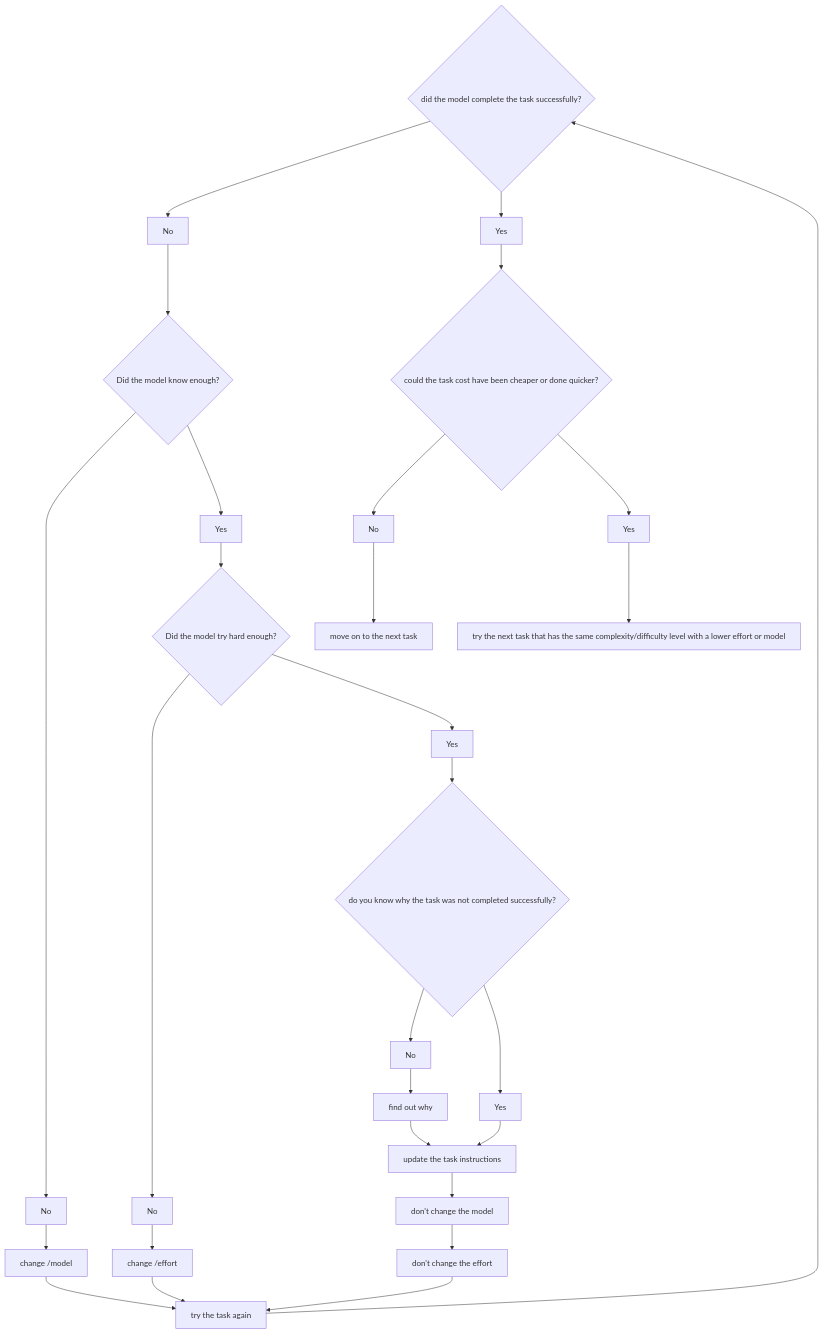
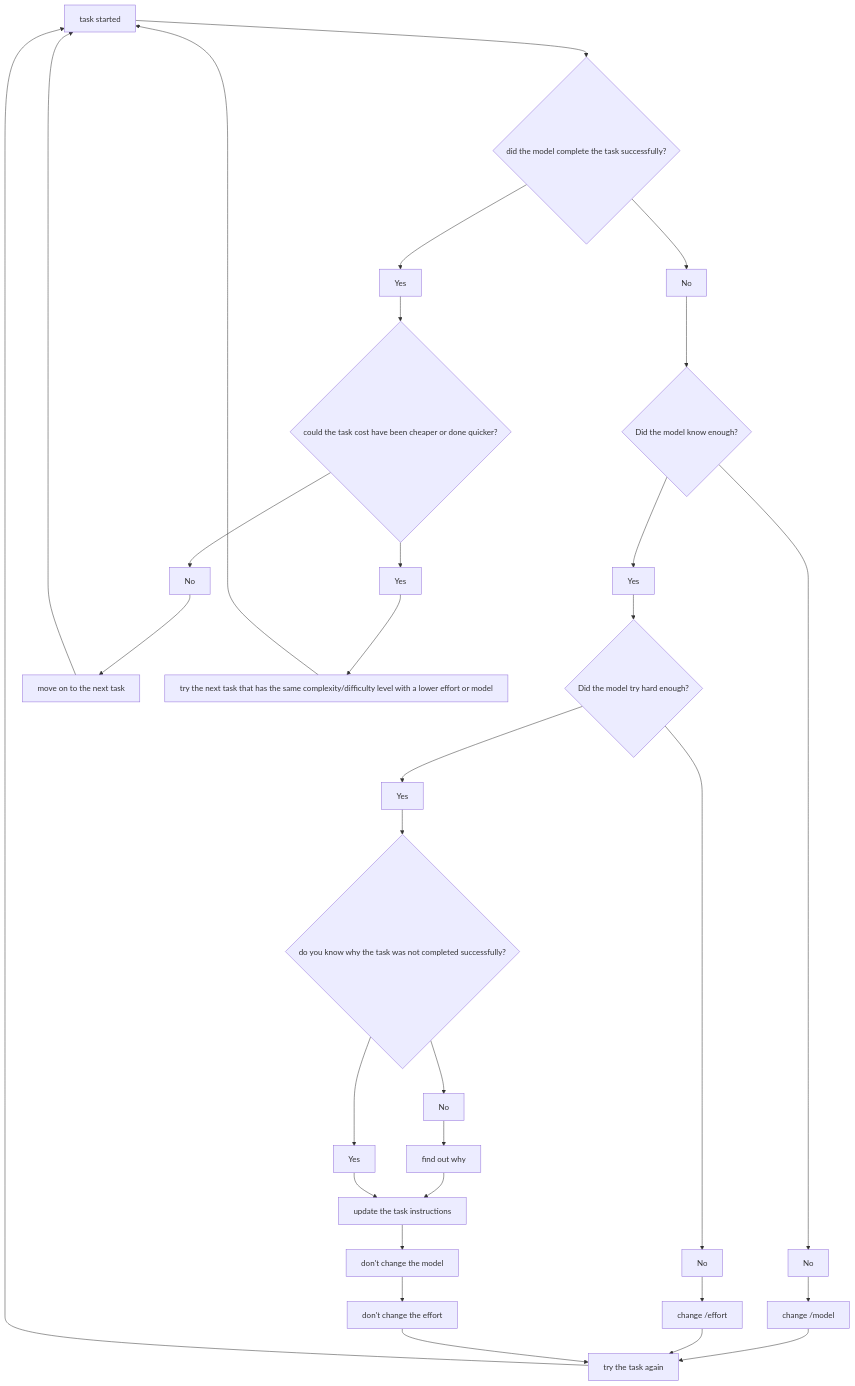
Before and after one commit to matkatmusic/taskTools: the diagram in plans/right-model-algorithm.mmd, drawn with Mermaid.

Commit message:
Add flowchart connections for task progression in right-model-algorithm

```diff
--- a/plans/right-model-algorithm.mmd
+++ b/plans/right-model-algorithm.mmd
@@ -1,48 +1,56 @@
 %%{init: {"flowchart": {"wrappingWidth": 100000}}}%%
 flowchart TD
+
+B_TASK_STARTED[task started]
+
+%% define "successfully" per task
 
 Q_TASK_SUCCEEDED{did the model complete the task successfully?}
 Q_CHOICE_TASK_SUCCEEDED_NO[No]
 Q_CHOICE_TASK_SUCCEEDED_YES[Yes]
 
 Q_MODEL_KNEW_ENOUGH{Did the model know enough?}
 Q_CHOICE_MODEL_KNEW_ENOUGH_NO[No]
 Q_CHOICE_MODEL_KNEW_ENOUGH_YES[Yes]
 B_CHANGE_MODEL["change /model"]
 
 Q_TRIED_HARD_ENOUGH{Did the model try hard enough?}
 Q_CHOICE_TRIED_HARD_ENOUGH_NO[No]
 Q_CHOICE_TRIED_HARD_ENOUGH_YES[Yes]
 B_CHANGE_EFFORT["change /effort"]
 B_TRY_TASK_AGAIN[try the task again]
 
 Q_KNOW_WHY_FAILED{do you know why the task was not completed successfully?}
 Q_CHOICE_KNOW_WHY_FAILED_NO[No]
 Q_CHOICE_KNOW_WHY_FAILED_YES[Yes]
 B_FIND_OUT_WHY[find out why]
 B_UPDATE_INSTRUCTIONS[update the task instructions]
 B_KEEP_MODEL["don't change the model"]
 B_KEEP_EFFORT["don't change the effort"]
 
 Q_COULD_BE_CHEAPER{could the task cost have been cheaper or done quicker?}
 Q_CHOICE_COULD_BE_CHEAPER_NO[No]
 Q_CHOICE_COULD_BE_CHEAPER_YES[Yes]
 B_NEXT_TASK[move on to the next task]
 B_TRY_LOWER["try the next task that has the same complexity/difficulty level with a lower effort or model"]
 
+B_TASK_STARTED --> Q_TASK_SUCCEEDED
+
 Q_TASK_SUCCEEDED --> Q_CHOICE_TASK_SUCCEEDED_NO --> Q_MODEL_KNEW_ENOUGH
 Q_TASK_SUCCEEDED --> Q_CHOICE_TASK_SUCCEEDED_YES --> Q_COULD_BE_CHEAPER
 
 Q_MODEL_KNEW_ENOUGH --> Q_CHOICE_MODEL_KNEW_ENOUGH_NO --> B_CHANGE_MODEL --> B_TRY_TASK_AGAIN
 Q_MODEL_KNEW_ENOUGH --> Q_CHOICE_MODEL_KNEW_ENOUGH_YES --> Q_TRIED_HARD_ENOUGH
 
 Q_TRIED_HARD_ENOUGH --> Q_CHOICE_TRIED_HARD_ENOUGH_NO --> B_CHANGE_EFFORT --> B_TRY_TASK_AGAIN
 Q_TRIED_HARD_ENOUGH --> Q_CHOICE_TRIED_HARD_ENOUGH_YES --> Q_KNOW_WHY_FAILED
 
 Q_KNOW_WHY_FAILED --> Q_CHOICE_KNOW_WHY_FAILED_NO --> B_FIND_OUT_WHY --> B_UPDATE_INSTRUCTIONS
 Q_KNOW_WHY_FAILED --> Q_CHOICE_KNOW_WHY_FAILED_YES --> B_UPDATE_INSTRUCTIONS --> B_KEEP_MODEL --> B_KEEP_EFFORT --> B_TRY_TASK_AGAIN
 
 Q_COULD_BE_CHEAPER --> Q_CHOICE_COULD_BE_CHEAPER_NO --> B_NEXT_TASK
 Q_COULD_BE_CHEAPER --> Q_CHOICE_COULD_BE_CHEAPER_YES --> B_TRY_LOWER
 
-B_TRY_TASK_AGAIN --> Q_TASK_SUCCEEDED
+B_TRY_TASK_AGAIN --> B_TASK_STARTED
+B_TRY_LOWER --> B_TASK_STARTED
+B_NEXT_TASK --> B_TASK_STARTED
```
